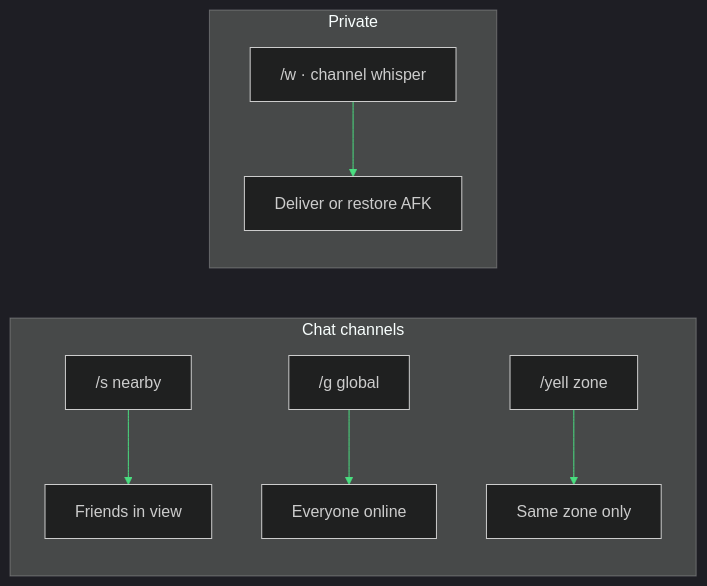
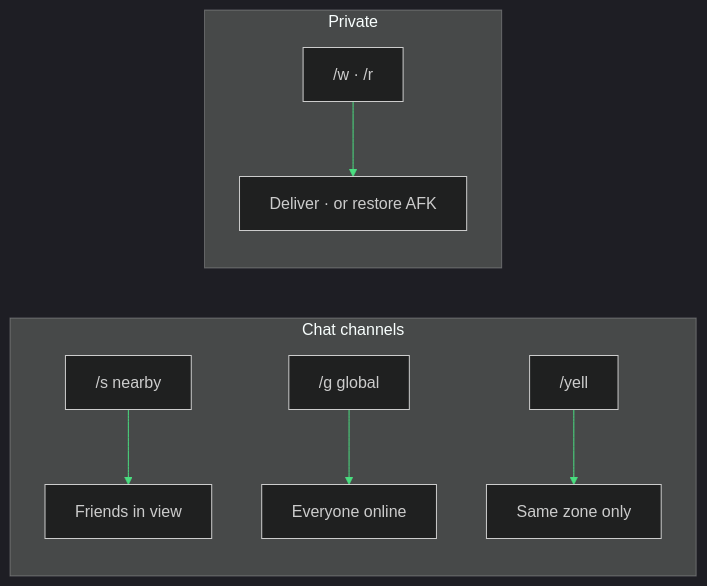
The second of 8 diagrams in README.md (Im-Nova-Dev/dq1_mmo), drawn with Mermaid before and after one commit. The commit also changed other lines of this file and 3 other files, not shown here.

````diff
--- a/README.md
+++ b/README.md
@@ -294,12 +301,12 @@
 ```mermaid
 %%{init: {'theme': 'dark', 'themeVariables': { 'primaryColor': '#14532d', 'primaryTextColor': '#dcfce7', 'lineColor': '#4ade80', 'secondaryColor': '#1e3a8a', 'tertiaryColor': '#1e293b'}}}%%
 flowchart LR
   subgraph chat ["Chat channels"]
     S["/s nearby"] --> V["Friends in view"]
     G["/g global"] --> W["Everyone online"]
-    Y["/yell zone"] --> Z["Same zone only"]
+    Y["/yell"] --> Z["Same zone only"]
   end
   subgraph private ["Private"]
-    P["/w · channel whisper"] --> D["Deliver or restore AFK"]
+    P["/w · /r"] --> D["Deliver · or restore AFK"]
   end
 ```
````
